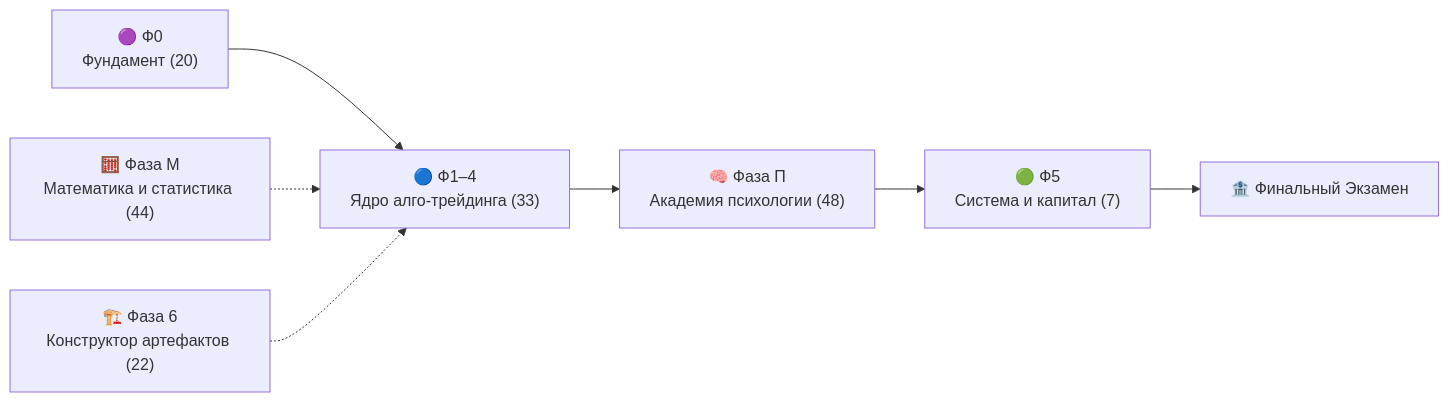
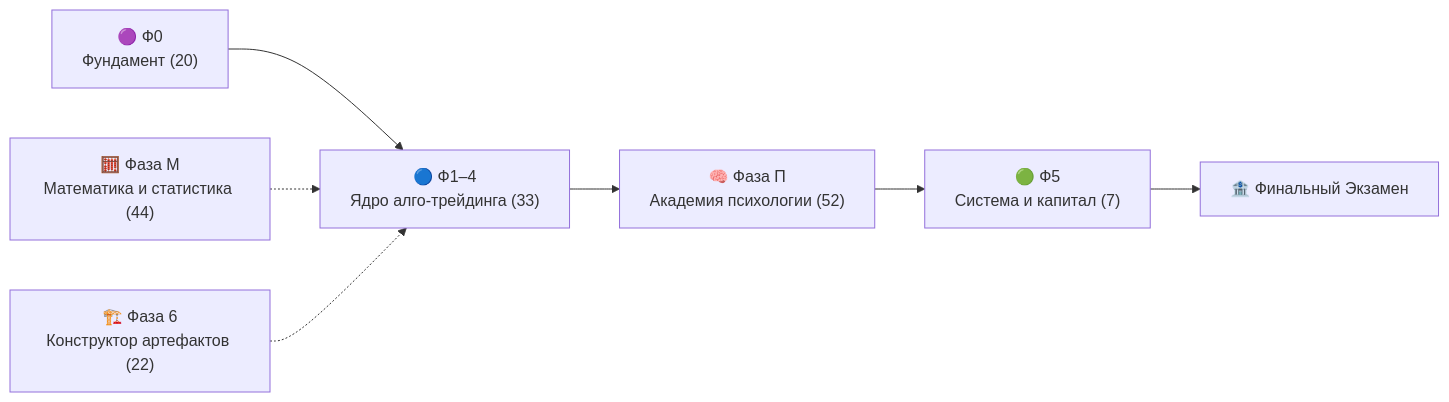
Before and after one commit to AlexZander85/crypto: the first of 2 diagrams in README.md, drawn with Mermaid. The commit also changed other lines of this file and 1 other file, not shown here.

Commit message:
feat(psy): обновление main до 52 уроков психологии и 156 тестов (включая Брента Доннелли)

````diff
--- a/README.md
+++ b/README.md
@@ -43,6 +43,6 @@
 ```mermaid
 flowchart LR
-    A["🟣 Ф0<br/>Фундамент (20)"] --> B["🔵 Ф1–4<br/>Ядро алго-трейдинга (33)"] --> C["🧠 Фаза П<br/>Академия психологии (48)"] --> D["🟢 Ф5<br/>Система и капитал (7)"] --> E["🏦 Финальный Экзамен"]
+    A["🟣 Ф0<br/>Фундамент (20)"] --> B["🔵 Ф1–4<br/>Ядро алго-трейдинга (33)"] --> C["🧠 Фаза П<br/>Академия психологии (52)"] --> D["🟢 Ф5<br/>Система и капитал (7)"] --> E["🏦 Финальный Экзамен"]
     F["🧮 Фаза М<br/>Математика и статистика (44)"] -.-> B
     G["🏗️ Фаза 6<br/>Конструктор артефактов (22)"] -.-> B
 ```
````
